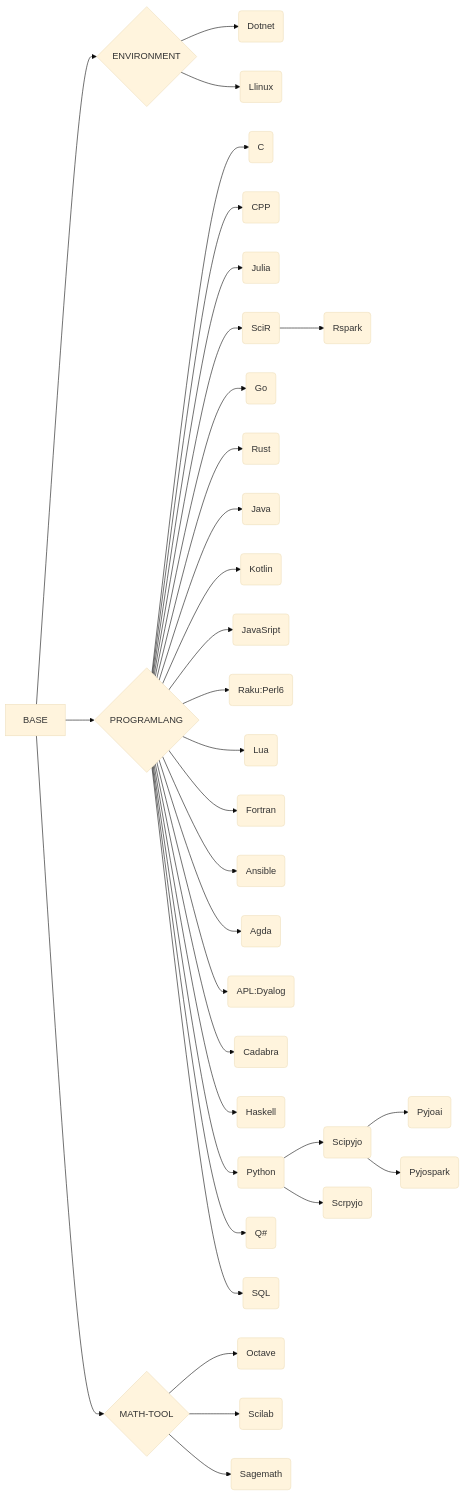
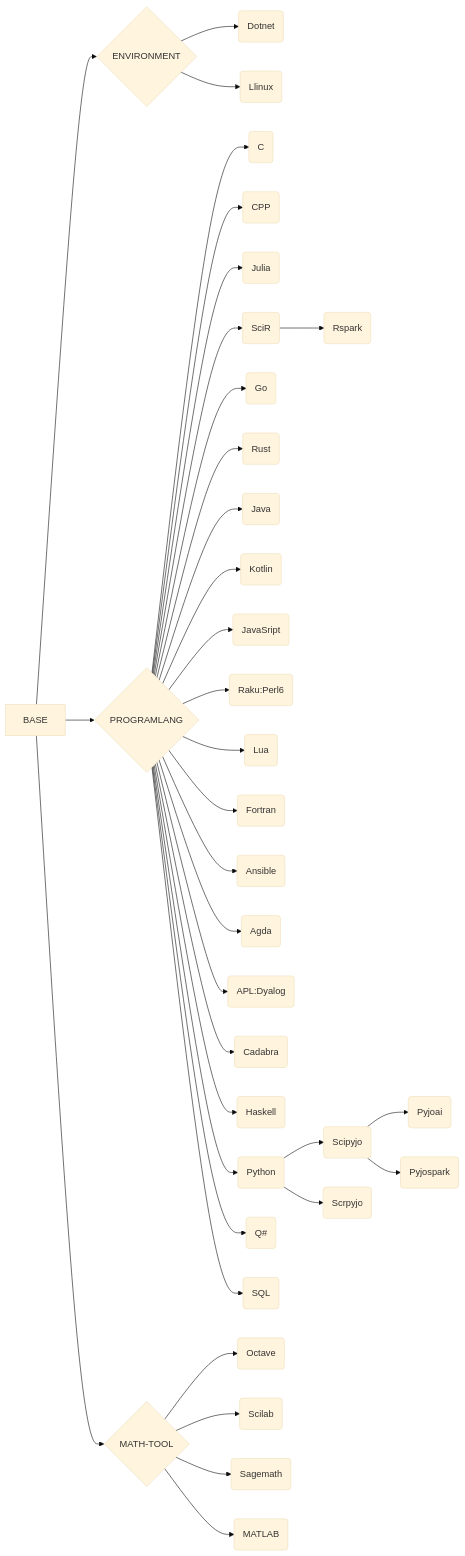
The diagram in README.md (ben0i0d/jupyter-image-stacks), drawn with Mermaid (base theme) before and after one commit. The commit also changed other lines of this file and 43 other files, not shown here.

````diff
--- a/README.md
+++ b/README.md
@@ -109,33 +104,34 @@
 ```mermaid
 graph LR
 BASE-->ENV{ENVIRONMENT}-->EA(Dotnet)
 ENV-->EB(Llinux)
 BASE-->PROGRAM{PROGRAMLANG}
 PROGRAM-->PA(C)
 PROGRAM-->PB(CPP)
 PROGRAM-->PC(Julia)
 PROGRAM-->PD(SciR)-->PDA(Rspark)
 PROGRAM-->PE(Go)
 PROGRAM-->PF(Rust)
 PROGRAM-->PG(Java)
 PROGRAM-->PH(Kotlin)
 PROGRAM-->PI(JavaSript)
 PROGRAM-->PJ(Raku:Perl6)
 PROGRAM-->PK(Lua)
 PROGRAM-->PL(Fortran)
 PROGRAM-->PM(Ansible)
 PROGRAM-->PN(Agda)
 PROGRAM-->PO(APL:Dyalog)
 PROGRAM-->PP(Cadabra)
 PROGRAM-->PQ(Haskell)
 PROGRAM-->PR(Python)
 PROGRAM-->PS(Q#)
 PROGRAM-->PT(SQL)
 PR-->PRA(Scipyjo)
 PR-->PRB(Scrpyjo)
 PRA-->PRAA(Pyjoai)  
 PRA-->PRAB(Pyjospark)  
 BASE-->MATH{MATH-TOOL}-->MA(Octave)
 MATH-->MB(Scilab)
 MATH-->MC(Sagemath)
+MATH-->MD(MATLAB)
 ```
````
